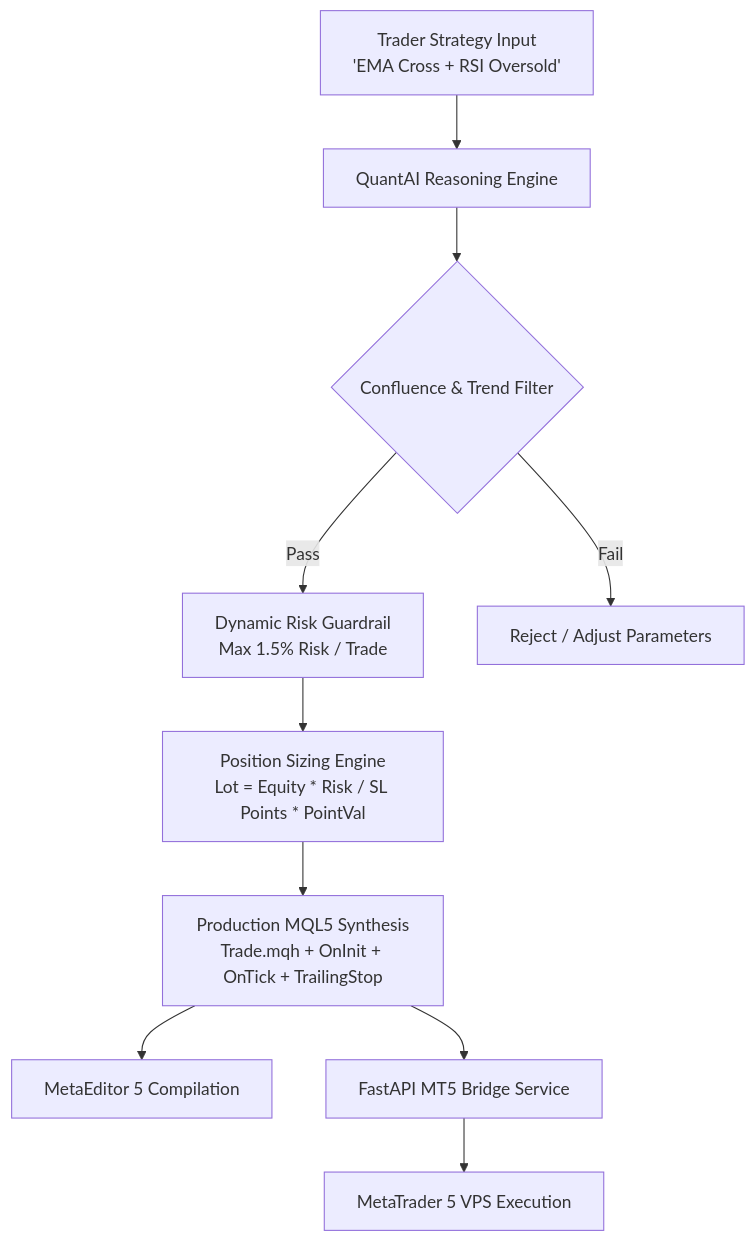
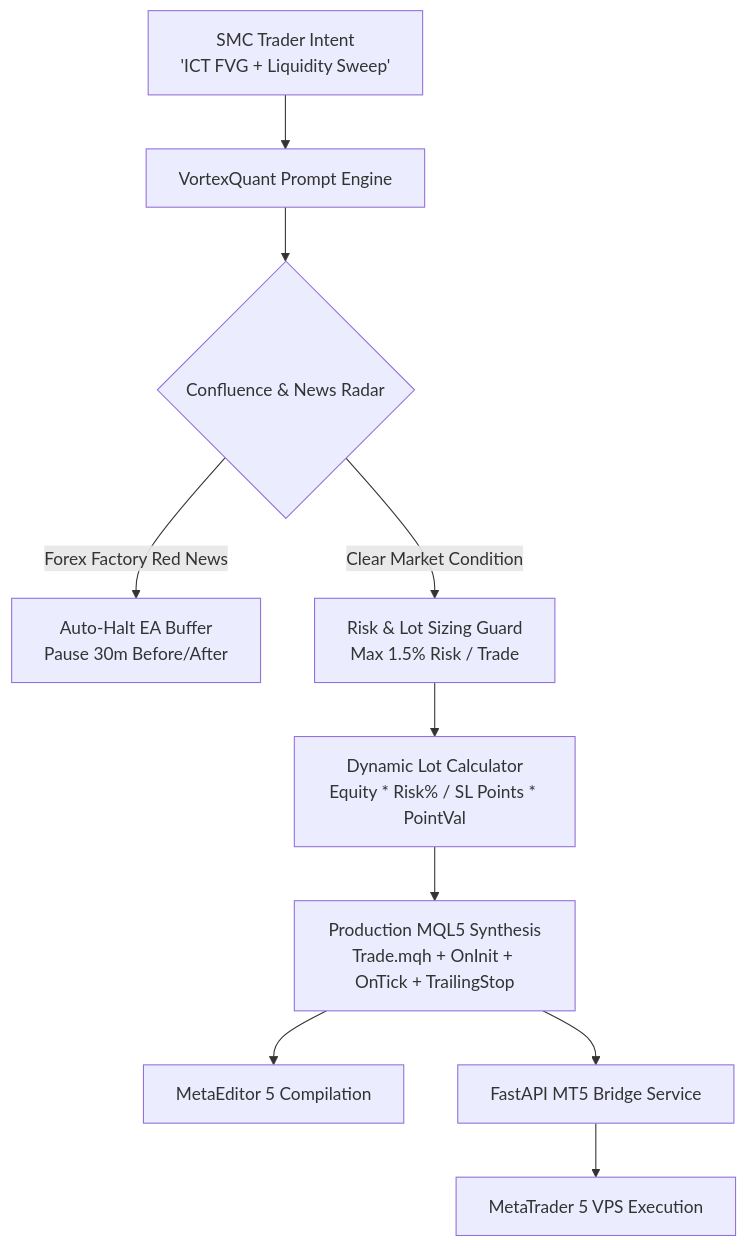
One commit to varnit-vortex/quant-mql5-copilot changed the diagram in README.md. Above: the diagram before and after it, drawn with Mermaid. The commit also changed other lines of this file and 1 other file, not shown here.

Commit message:
feat: rebrand to VortexQuant and add live breaking news wire with Forex Factory radar

````diff
--- a/README.md
+++ b/README.md
@@ -19,12 +19,12 @@
 ```mermaid
 flowchart TD
-    A[Trader Strategy Input\n'EMA Cross + RSI Oversold'] --> B[QuantAI Reasoning Engine]
-    B --> C{Confluence & Trend Filter}
-    C -->|Pass| D[Dynamic Risk Guardrail\nMax 1.5% Risk / Trade]
-    C -->|Fail| E[Reject / Adjust Parameters]
-    D --> F[Position Sizing Engine\nLot = Equity * Risk / SL Points * PointVal]
+    A[SMC Trader Intent\n'ICT FVG + Liquidity Sweep'] --> B[VortexQuant Prompt Engine]
+    B --> C{Confluence & News Radar}
+    C -->|Forex Factory Red News| D[Auto-Halt EA Buffer\nPause 30m Before/After]
+    C -->|Clear Market Condition| E[Risk & Lot Sizing Guard\nMax 1.5% Risk / Trade]
+    E --> F[Dynamic Lot Calculator\nEquity * Risk% / SL Points * PointVal]
     F --> G[Production MQL5 Synthesis\nTrade.mqh + OnInit + OnTick + TrailingStop]
     G --> H[MetaEditor 5 Compilation]
     G --> I[FastAPI MT5 Bridge Service]
     I --> J[MetaTrader 5 VPS Execution]
 ```
````
